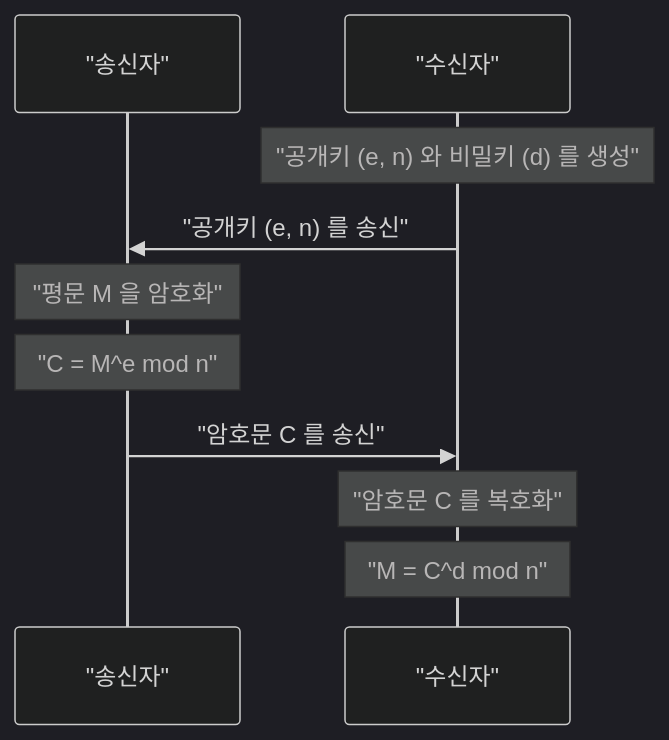
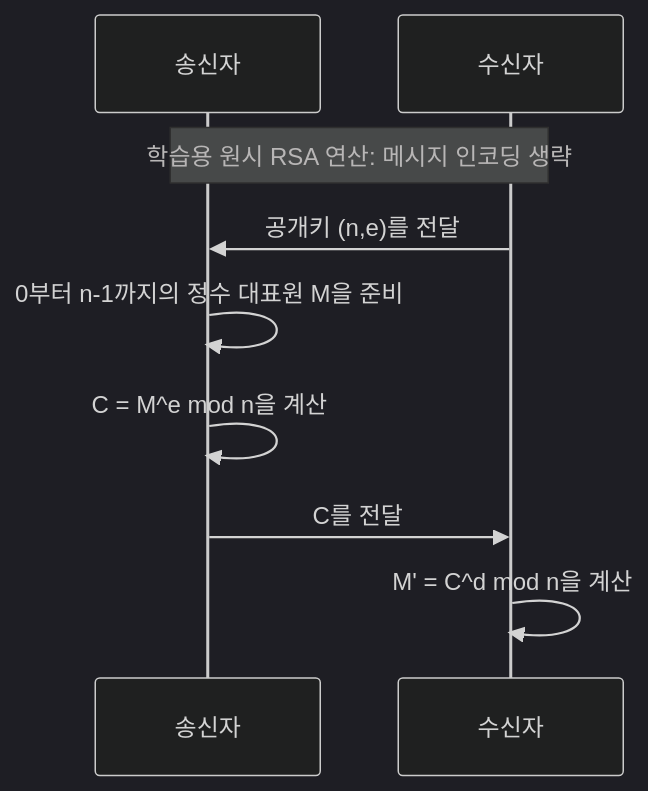
Before and after one commit to kenjinote/blog: the second of 2 diagrams in content/post/fermats-little-theorem/index.ko.md, drawn with Mermaid (dark theme). The commit also changed other lines of this file and 5 other files, not shown here.

````diff
--- a/content/post/fermats-little-theorem/index.ko.md
+++ b/content/post/fermats-little-theorem/index.ko.md
@@ -101,12 +79,11 @@
 ```mermaid
 sequenceDiagram
-    participant Sender as "송신자"
-    participant Receiver as "수신자"
-    Note over Receiver: "공개키 (e, n) 와 비밀키 (d) 를 생성"
-    Receiver->>Sender: "공개키 (e, n) 를 송신"
-    Note over Sender: "평문 M 을 암호화"
-    Note over Sender: "C = M^e mod n"
-    Sender->>Receiver: "암호문 C 를 송신"
-    Note over Receiver: "암호문 C 를 복호화"
-    Note over Receiver: "M = C^d mod n"
+    participant Sender as 송신자
+    participant Receiver as 수신자
+    Note over Sender,Receiver: 학습용 원시 RSA 연산: 메시지 인코딩 생략
+    Receiver->>Sender: 공개키 (n,e)를 전달
+    Sender->>Sender: 0부터 n-1까지의 정수 대표원 M을 준비
+    Sender->>Sender: C = M^e mod n을 계산
+    Sender->>Receiver: C를 전달
+    Receiver->>Receiver: M' = C^d mod n을 계산
 ```
````
